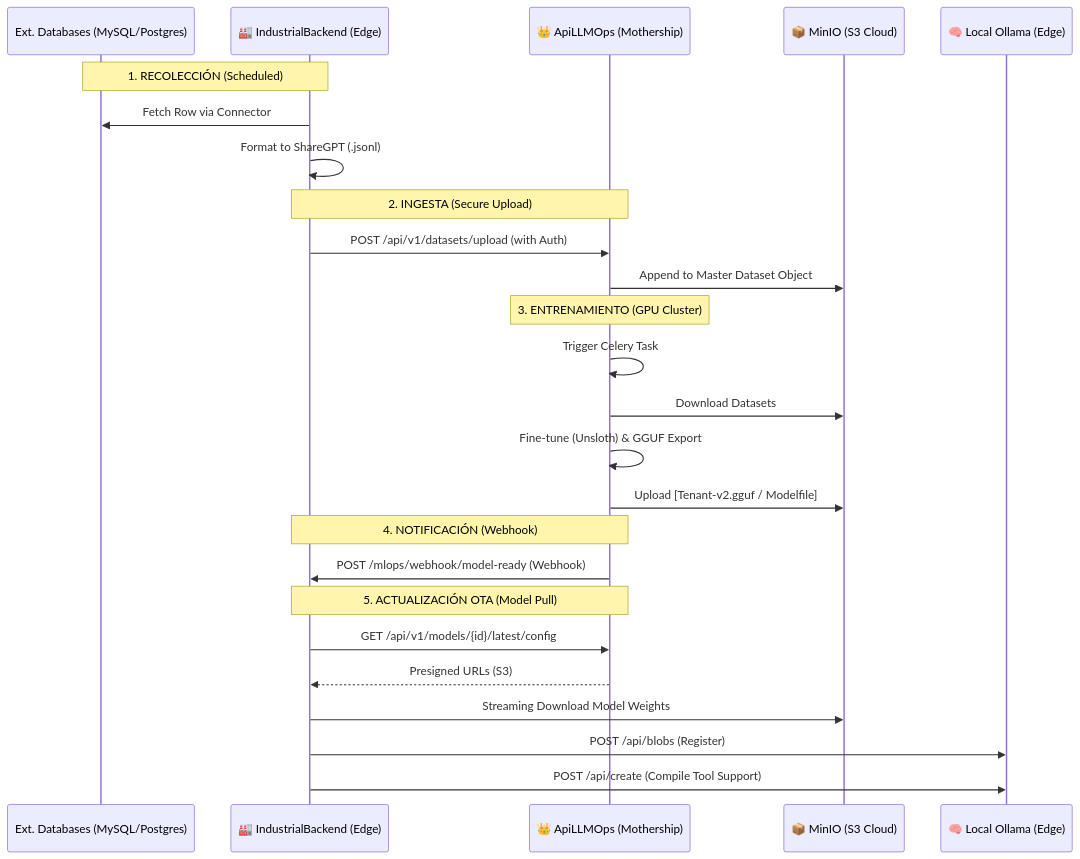
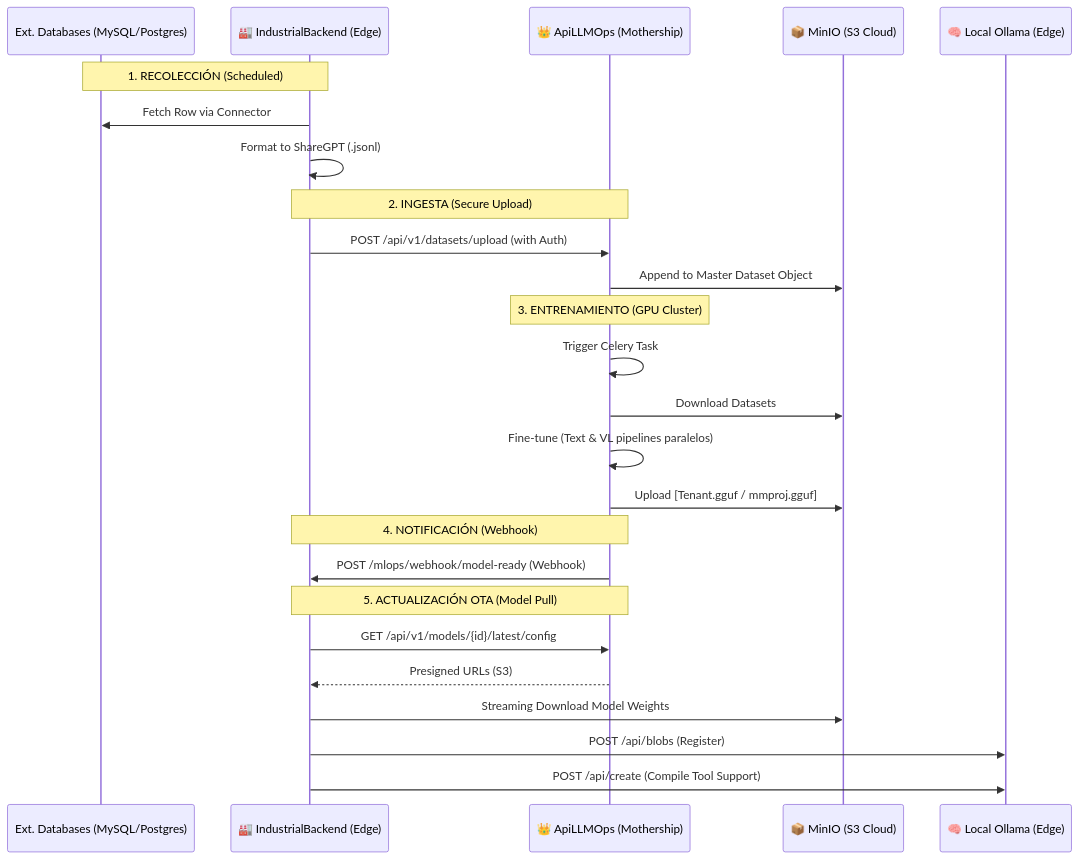
The diagram in documentacion/end_to_end_communication_audit.md (stefano2211/IndustrialBackend), drawn with Mermaid before and after one commit. The commit also changed other lines of this file and 13 other files, not shown here.

````diff
--- a/documentacion/end_to_end_communication_audit.md
+++ b/documentacion/end_to_end_communication_audit.md
@@ -9,32 +9,32 @@
 ```mermaid
 sequenceDiagram
     participant DB as Ext. Databases (MySQL/Postgres)
     participant Edge as 🏭 IndustrialBackend (Edge)
     participant Mops as 👑 ApiLLMOps (Mothership)
     participant MinIO as 📦 MinIO (S3 Cloud)
     participant Ollama as 🧠 Local Ollama (Edge)
 
     Note over DB, Edge: 1. RECOLECCIÓN (Scheduled)
     Edge->>DB: Fetch Row via Connector
     Edge->>Edge: Format to ShareGPT (.jsonl)
     
     Note over Edge, Mops: 2. INGESTA (Secure Upload)
     Edge->>Mops: POST /api/v1/datasets/upload (with Auth)
     Mops->>MinIO: Append to Master Dataset Object
     
     Note over Mops: 3. ENTRENAMIENTO (GPU Cluster)
     Mops->>Mops: Trigger Celery Task
     Mops->>MinIO: Download Datasets
-    Mops->>Mops: Fine-tune (Unsloth) & GGUF Export
-    Mops->>MinIO: Upload [Tenant-v2.gguf / Modelfile]
+    Mops->>Mops: Fine-tune (Text & VL pipelines paralelos)
+    Mops->>MinIO: Upload [Tenant.gguf / mmproj.gguf]
 
     Note over Mops, Edge: 4. NOTIFICACIÓN (Webhook)
     Mops->>Edge: POST /mlops/webhook/model-ready (Webhook)
     
     Note over Edge, Mops: 5. ACTUALIZACIÓN OTA (Model Pull)
     Edge->>Mops: GET /api/v1/models/{id}/latest/config
     Mops-->>Edge: Presigned URLs (S3)
     Edge->>MinIO: Streaming Download Model Weights
     Edge->>Ollama: POST /api/blobs (Register)
     Edge->>Ollama: POST /api/create (Compile Tool Support)
 ```
````
